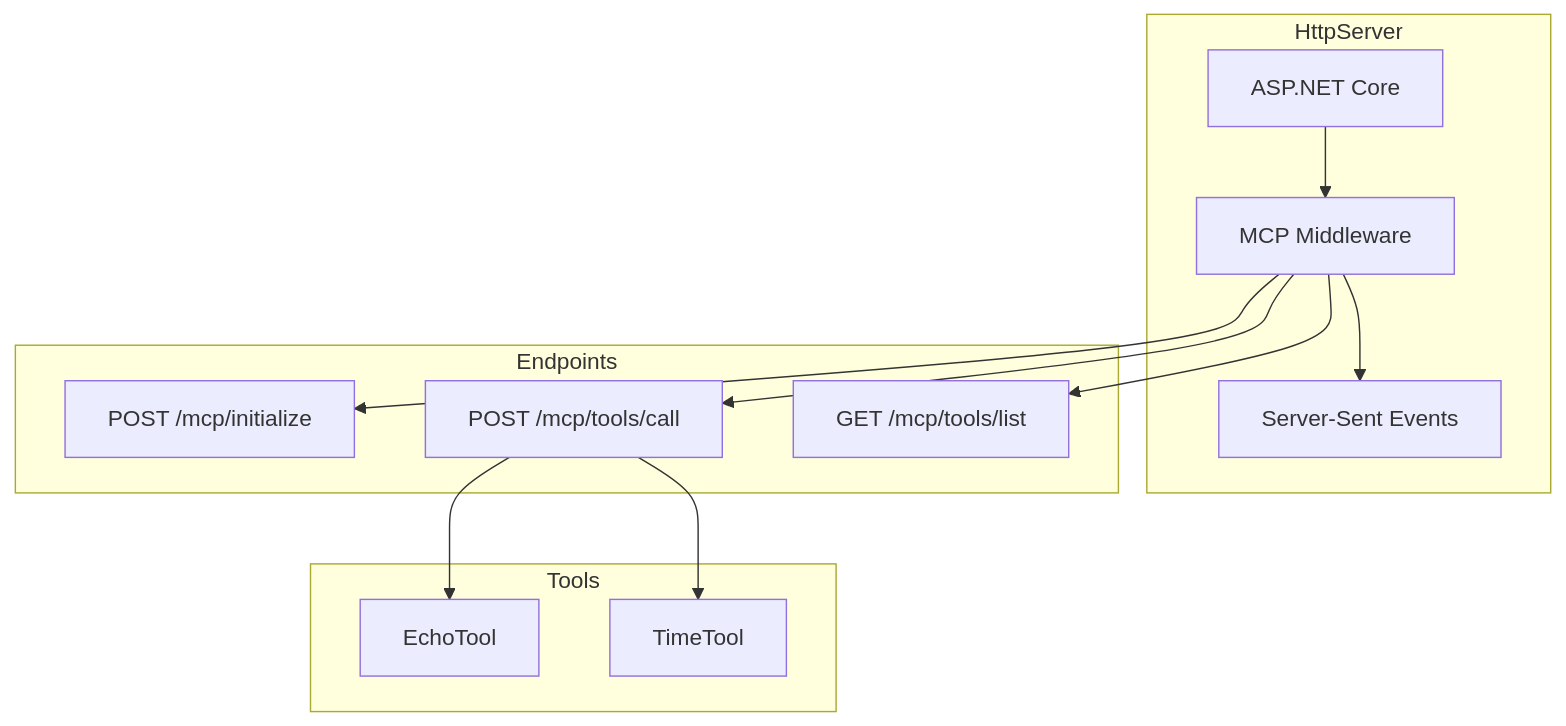
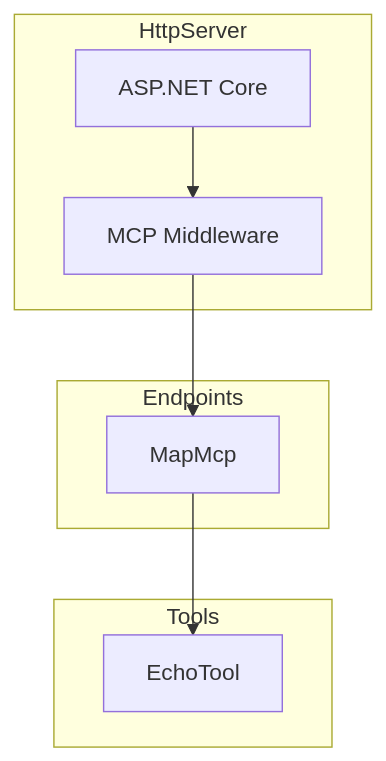
One commit to mgliot/AI.Workshop changed the seventh of 7 diagrams in docs/AI.Workshop.MCP.md. Above: the diagram before and after it, drawn with Mermaid. The commit also changed other lines of this file and 9 other files, not shown here.

Commit message:
feat: MCP console client now launches server + selectable MCP demos

````diff
--- a/docs/AI.Workshop.MCP.md
+++ b/docs/AI.Workshop.MCP.md
@@ -216,23 +225,18 @@
 ```mermaid
 graph TB
     subgraph "HttpServer"
         APP[ASP.NET Core]
         MCP[MCP Middleware]
-        SSE[Server-Sent Events]
     end
     
     subgraph "Endpoints"
-        INIT[POST /mcp/initialize]
-        TOOL[POST /mcp/tools/call]
-        LIST[GET /mcp/tools/list]
+        MAP[MapMcp]
     end
     
     subgraph "Tools"
         ECHO[EchoTool]
-        TIME[TimeTool]
     end
     
-    APP --> MCP --> SSE
-    MCP --> INIT & TOOL & LIST
-    TOOL --> ECHO & TIME
+    APP --> MCP --> MAP
+    MAP --> ECHO
 ```
````
